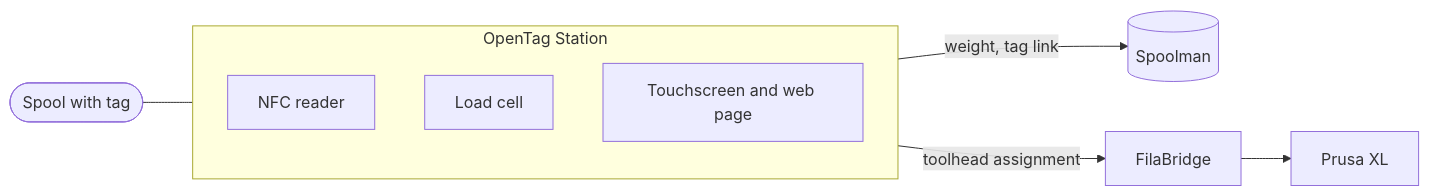
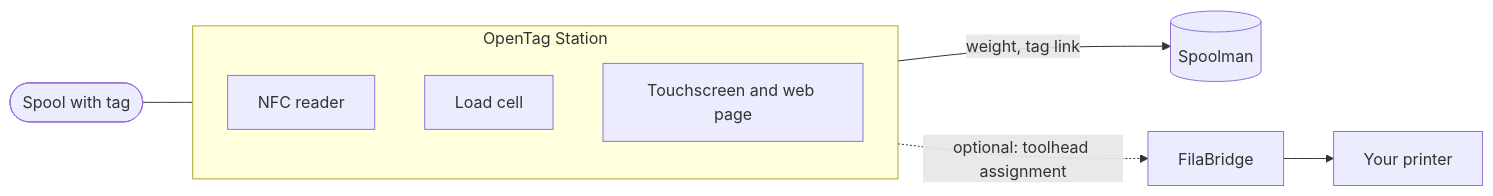
One commit to 76cb/OpenTag-Station changed the diagram in README.md. Above: the diagram before and after it, drawn with Mermaid. The commit also changed other lines of this file and 4 other files, not shown here.

First line of the commit message:
Describe printer support as optional in the README and manual intros

````diff
--- a/README.md
+++ b/README.md
@@ -35,12 +35,12 @@
 ```mermaid
 flowchart LR
     subgraph station[OpenTag Station]
         direction TB
         nfc[NFC reader]
         scale[Load cell]
         ui[Touchscreen and web page]
     end
     spool([Spool with tag]) --- station
     station -- "weight, tag link" --> spoolman[(Spoolman)]
-    station -- "toolhead assignment" --> fb[FilaBridge] --> xl[Prusa XL]
+    station -. "optional: toolhead assignment" .-> fb[FilaBridge] --> printer[Your printer]
 ```
````
